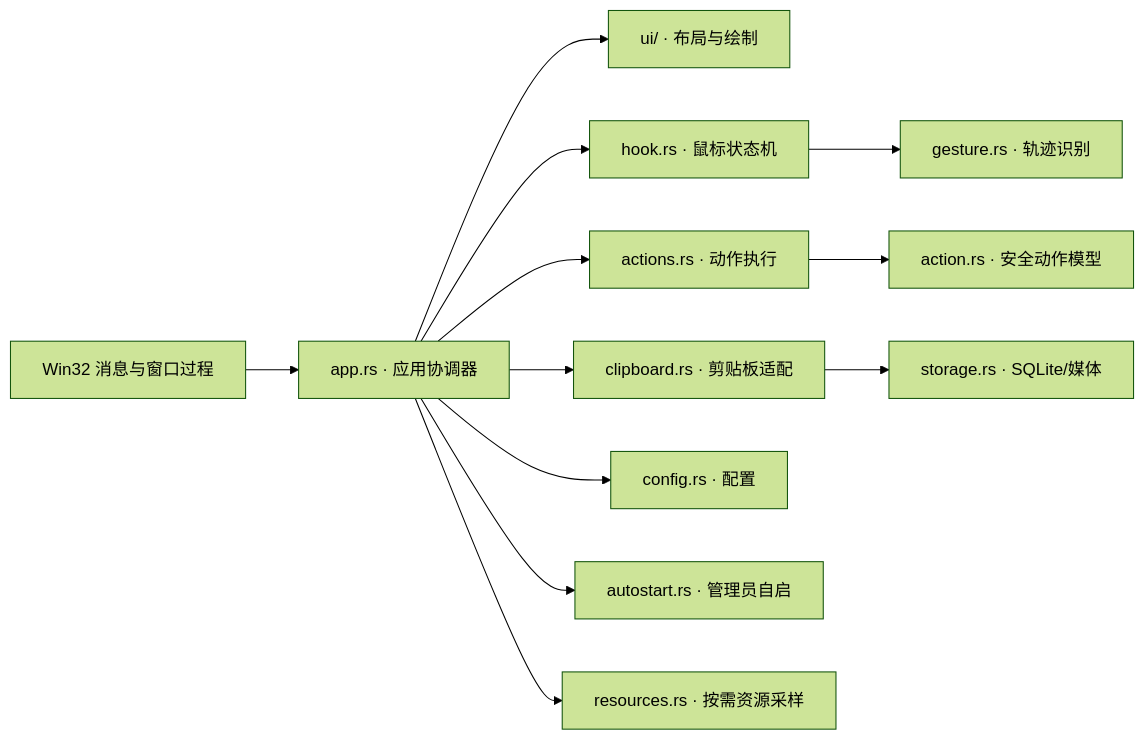
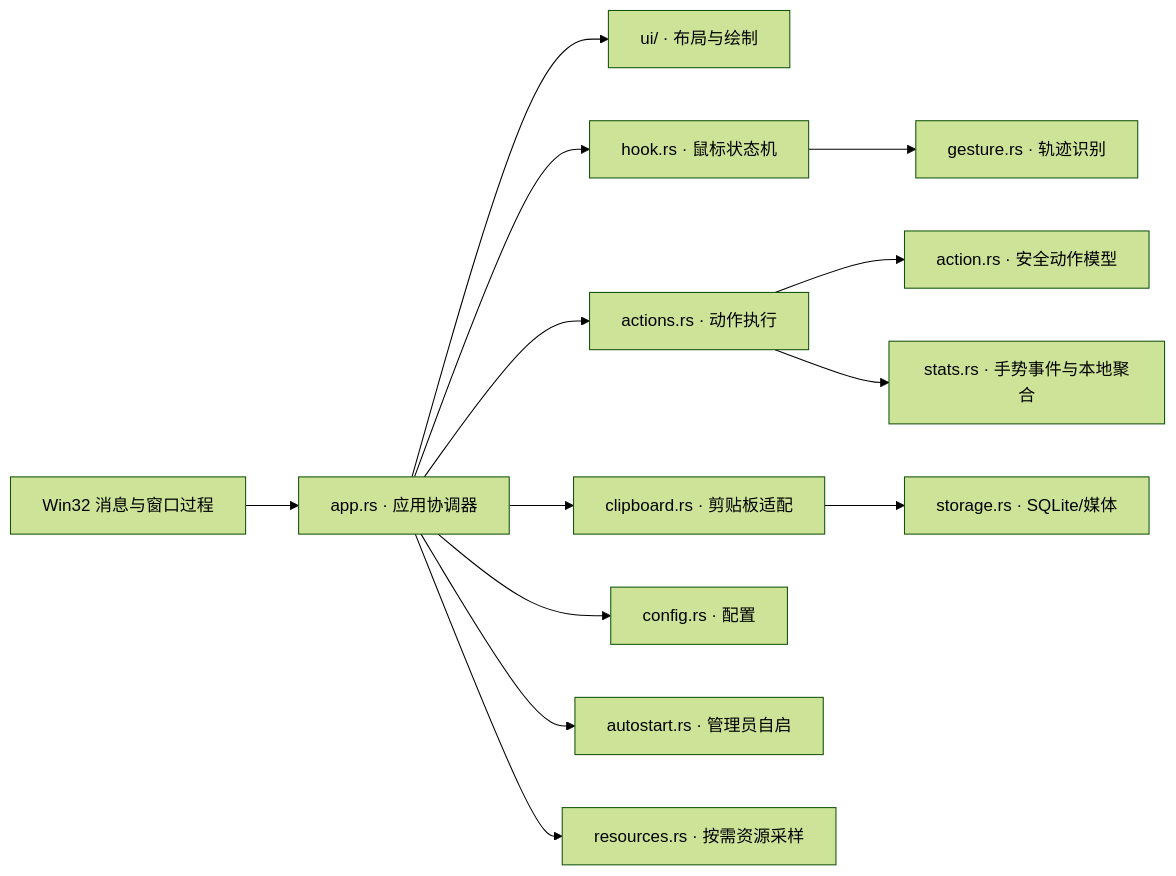
Before and after one commit to cirrusli/Xmouse: the first of 2 diagrams in docs/ARCHITECTURE.md, drawn with Mermaid (forest theme). The commit also changed other lines of this file and 18 other files, not shown here.

````diff
--- a/docs/ARCHITECTURE.md
+++ b/docs/ARCHITECTURE.md
@@ -7,14 +7,15 @@
 ```mermaid
 flowchart LR
     Win32["Win32 消息与窗口过程"] --> App["app.rs · 应用协调器"]
     App --> UI["ui/ · 布局与绘制"]
     App --> Hook["hook.rs · 鼠标状态机"]
     App --> Actions["actions.rs · 动作执行"]
     Actions --> ActionModel["action.rs · 安全动作模型"]
     App --> Clipboard["clipboard.rs · 剪贴板适配"]
     Clipboard --> Storage["storage.rs · SQLite/媒体"]
     Hook --> Gesture["gesture.rs · 轨迹识别"]
     App --> Config["config.rs · 配置"]
     App --> Autostart["autostart.rs · 管理员自启"]
     App --> Resources["resources.rs · 按需资源采样"]
+    Actions --> Stats["stats.rs · 手势事件与本地聚合"]
 ```
````
